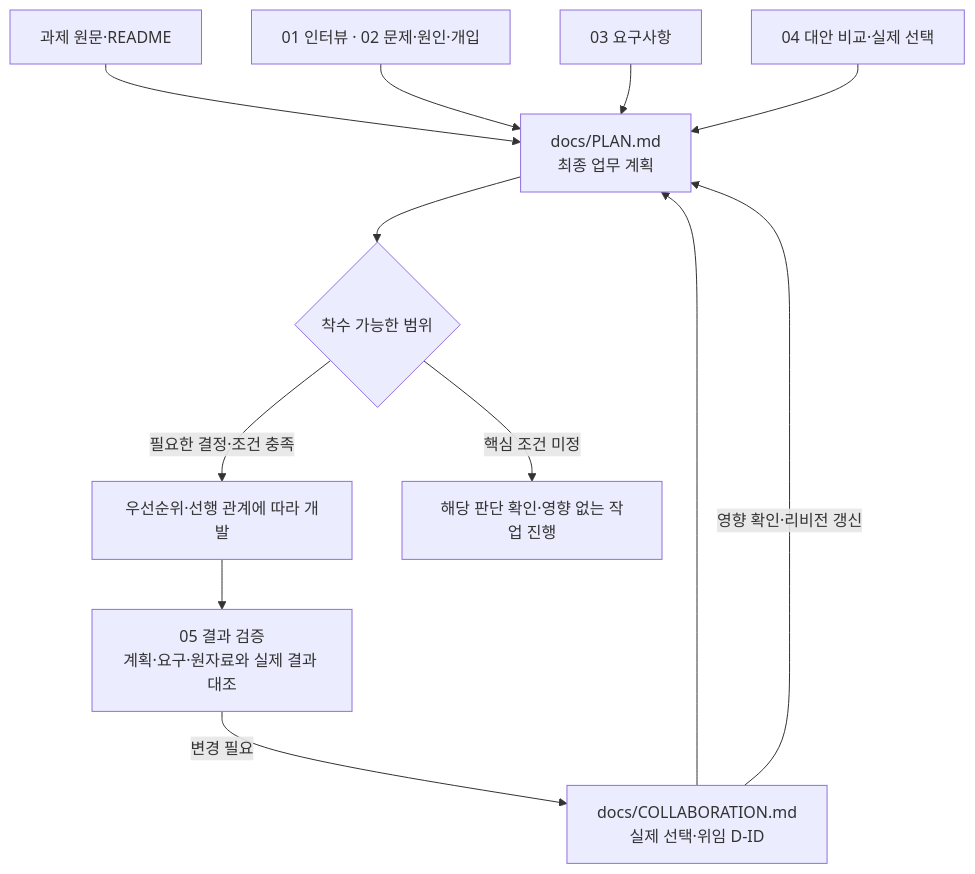
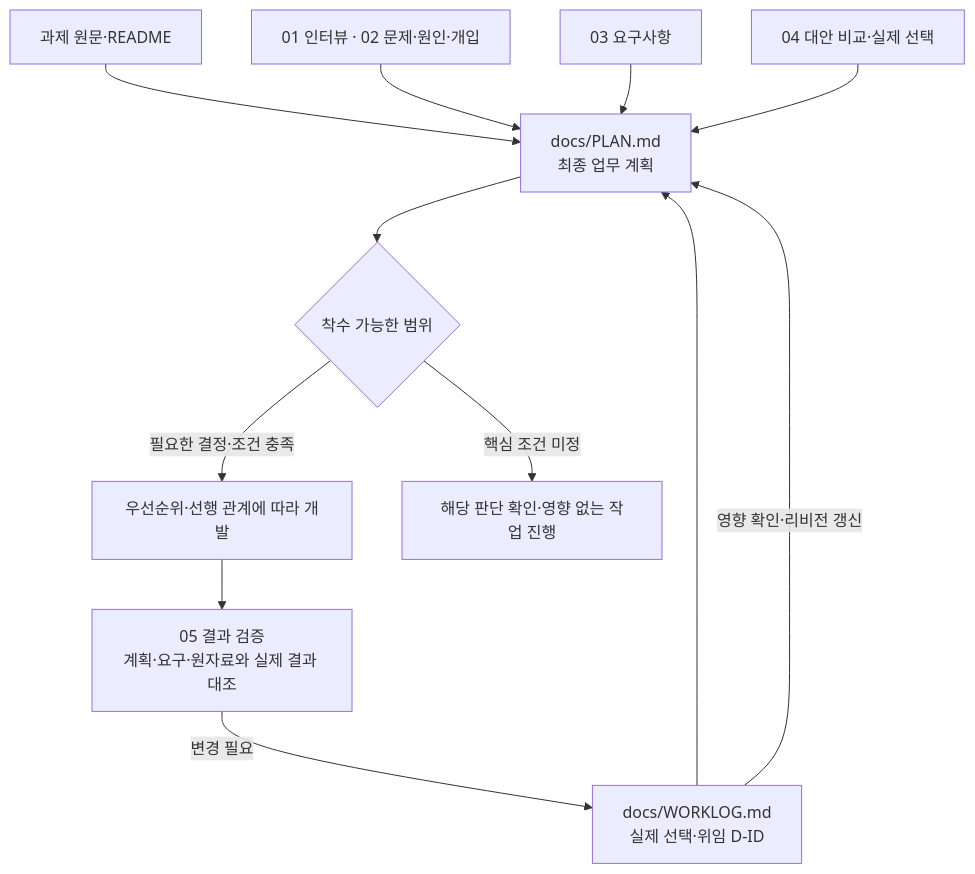
One commit to Hayden-J/product-skill-trees changed the diagram in docs/development-handoff.md. Above: the diagram before and after it, drawn with Mermaid. The commit also changed other lines of this file and 25 other files, not shown here.

````diff
--- a/docs/development-handoff.md
+++ b/docs/development-handoff.md
@@ -17,14 +17,14 @@
 ```mermaid
 flowchart TD
     A[과제 원문·README] --> PLAN[docs/PLAN.md<br/>최종 업무 계획]
     I[01 인터뷰 · 02 문제·원인·개입] --> PLAN
     R[03 요구사항] --> PLAN
     S[04 대안 비교·실제 선택] --> PLAN
-    L[docs/COLLABORATION.md<br/>실제 선택·위임 D-ID] --> PLAN
+    L[docs/WORKLOG.md<br/>실제 선택·위임 D-ID] --> PLAN
     PLAN --> G{착수 가능한 범위}
     G -->|필요한 결정·조건 충족| DEV[우선순위·선행 관계에 따라 개발]
     G -->|핵심 조건 미정| Q[해당 판단 확인·영향 없는 작업 진행]
     DEV --> V[05 결과 검증<br/>계획·요구·원자료와 실제 결과 대조]
     V -->|변경 필요| L
     L -->|영향 확인·리비전 갱신| PLAN
 ```
````
